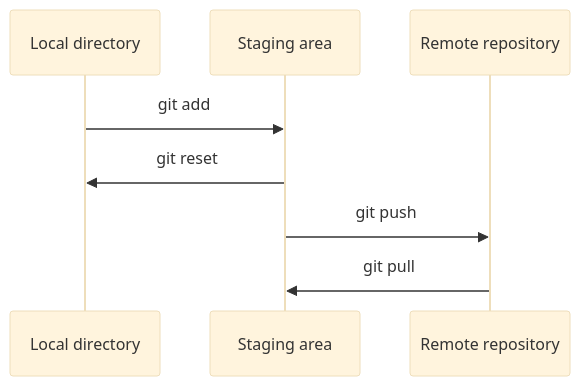
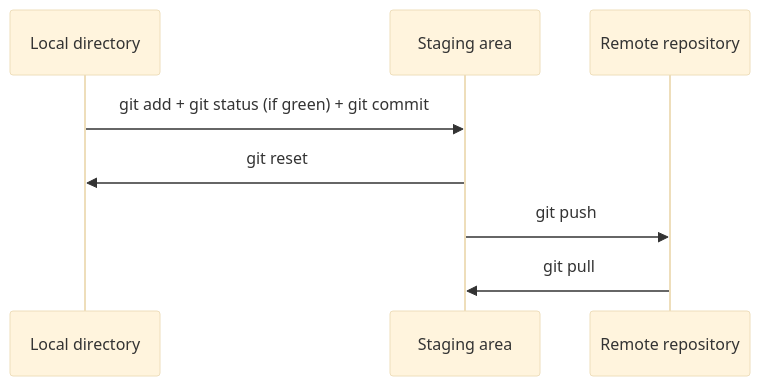
The second of 2 diagrams in README.md (a4lamber/SQL), drawn with Mermaid (base theme) before and after one commit.

Commit message:
local to stage update

````diff
--- a/README.md
+++ b/README.md
@@ -37,10 +37,10 @@
 ```mermaid
 sequenceDiagram
     participant L as Local directory
     participant S as Staging area
     participant R as Remote repository
-    L->>S: git add
+    L->>S: git add + git status (if green) + git commit
     S->>L: git reset
     S->>R: git push
     R->>S: git pull
 ```
````
